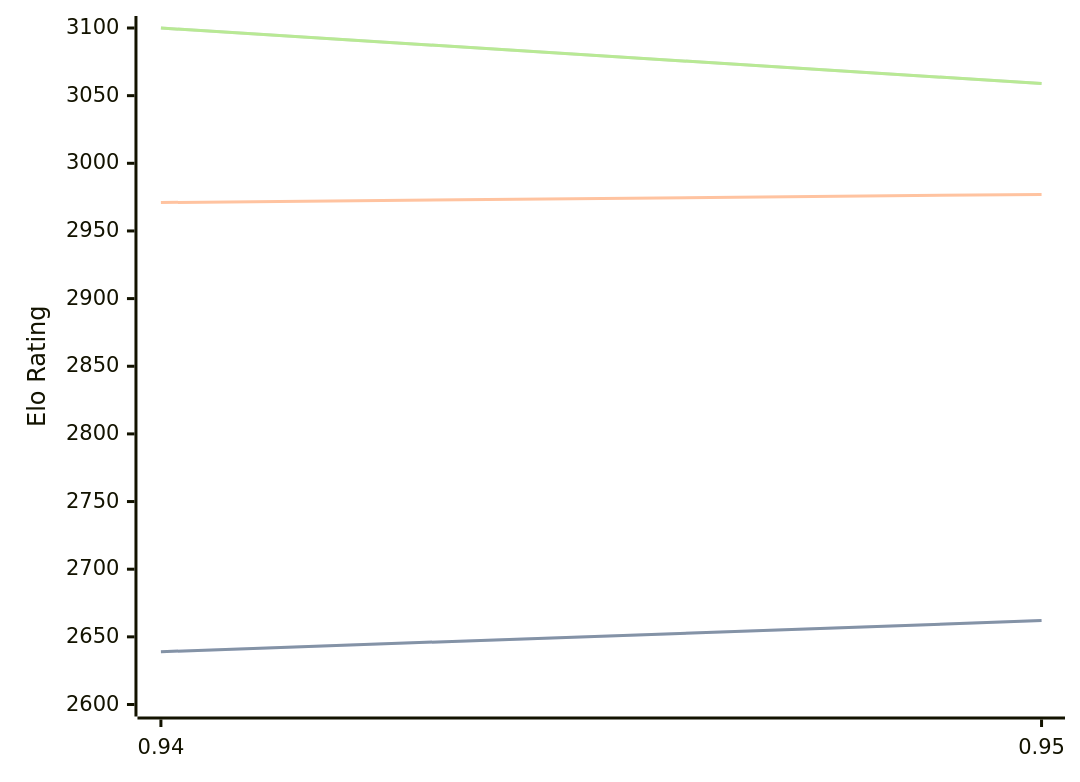
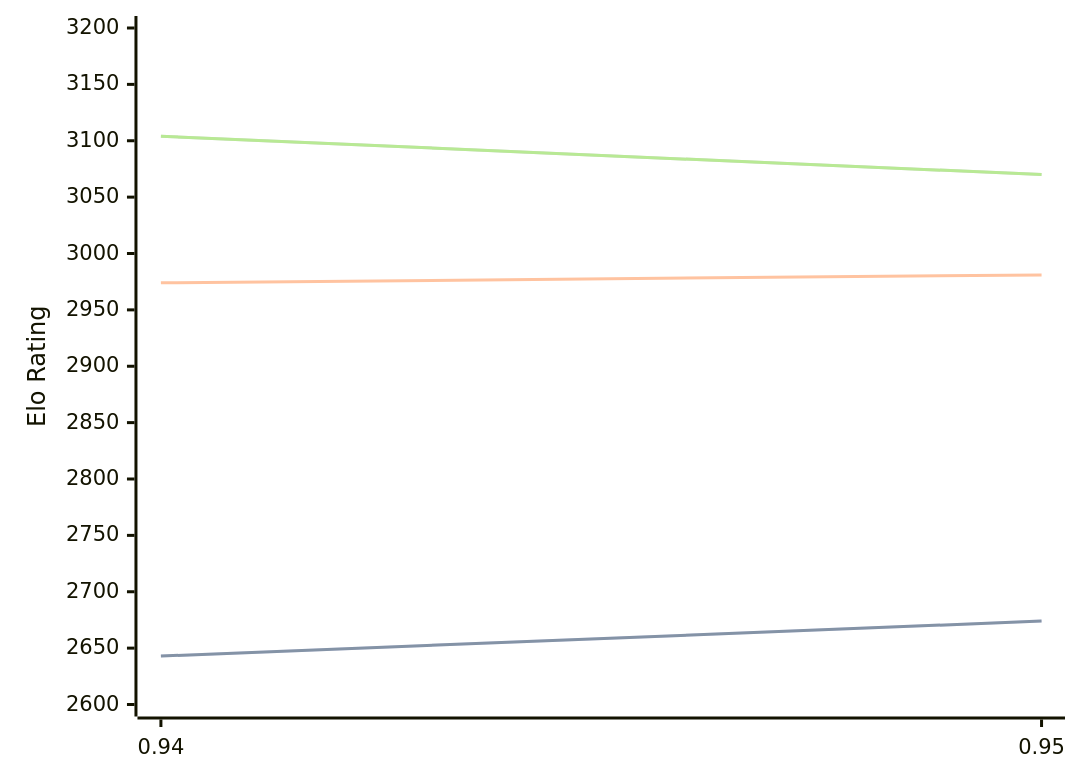
The diagram in engines/Myrddin.md (computer-chess-index/cci), drawn with Mermaid before and after one commit. The commit also changed other lines of this file, not shown here.

Commit message:
Update CCI Ratings (ELO VLTC) - 2026-05-02

````diff
--- a/engines/Myrddin.md
+++ b/engines/Myrddin.md
@@ -37,11 +37,11 @@
 ```mermaid
 %%{init: {"theme":"base","themeVariables":{"seriesColors:['#a3a3a3','#222221','#faa371']}}}%%
 xychart-beta
   x-axis ["0.94", "0.95"]
-  y-axis "Elo Rating" 2600 --> 3100
-  line "STC (8.0+0.08s)" [2639, 2662]
-  line "STC (8.0+0.08s)" [2639, 2662]
-  line "LTC (60.0+0.60s)" [2971, 2977]
-  line "VLTC (2m24s+1.12s)" [3100, 3059]
-  line "VLTC (2m24s+1.12s)" [3100, 3059]
+  y-axis "Elo Rating" 2600 --> 3200
+  line "STC (8.0+0.08s)" [2643, 2674]
+  line "STC (8.0+0.08s)" [2643, 2674]
+  line "LTC (60.0+0.60s)" [2974, 2981]
+  line "VLTC (2m24s+1.12s)" [3104, 3070]
+  line "VLTC (2m24s+1.12s)" [3104, 3070]
 ```
````
